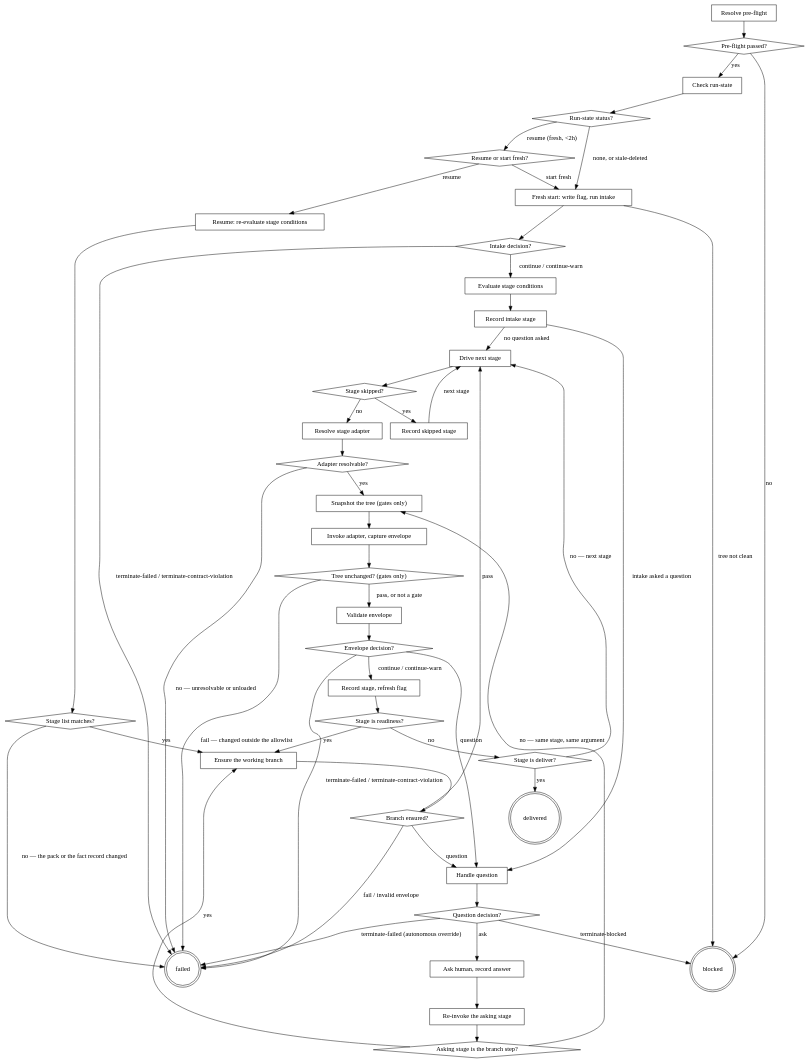
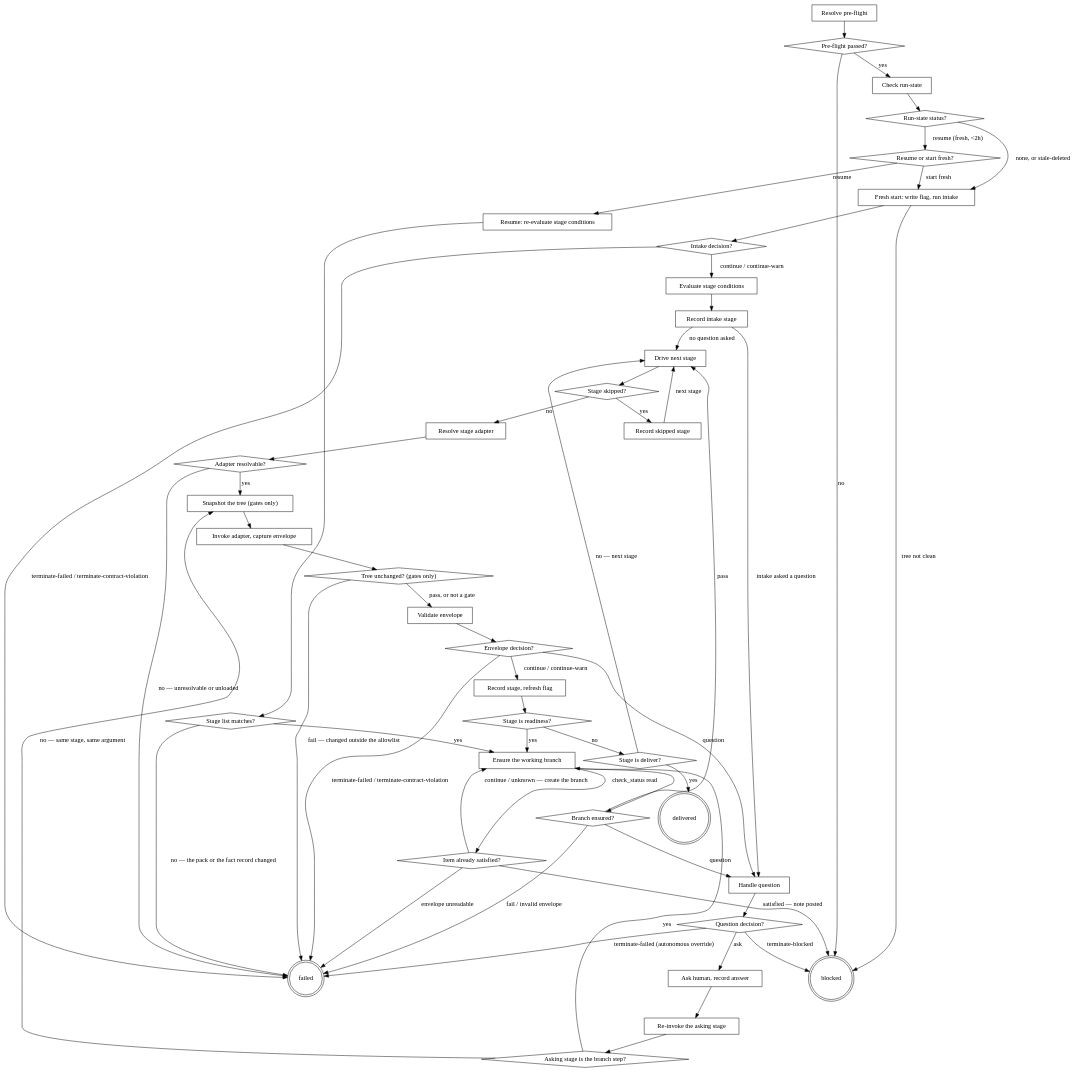
The diagram in plugins/agentic-core/skills/run-route/SKILL.md (agenticDraft/aem-eds-ai-workflow-demo), drawn with Graphviz before and after one commit. The commit also changed other lines of this file and 12 other files, not shown here.

First line of the commit message:
An item whose work is already on the base ends the run blocked with a note, not failed

```diff
--- a/plugins/agentic-core/skills/run-route/SKILL.md
+++ b/plugins/agentic-core/skills/run-route/SKILL.md
@@ -249,6 +249,7 @@
     "Record stage, refresh flag" [shape=box];
     "Stage is readiness?" [shape=diamond];
     "Ensure the working branch" [shape=box];
+    "Item already satisfied?" [shape=diamond];
     "Branch ensured?" [shape=diamond];
     "Stage is deliver?" [shape=diamond];
     "Handle question" [shape=box];
@@ -296,6 +297,10 @@
     "Record stage, refresh flag" -> "Stage is readiness?";
     "Stage is readiness?" -> "Ensure the working branch" [label="yes"];
     "Stage is readiness?" -> "Stage is deliver?" [label="no"];
+    "Ensure the working branch" -> "Item already satisfied?" [label="check_status read"];
+    "Item already satisfied?" -> "Ensure the working branch" [label="continue / unknown — create the branch"];
+    "Item already satisfied?" -> "blocked" [label="satisfied — note posted"];
+    "Item already satisfied?" -> "failed" [label="envelope unreadable"];
     "Ensure the working branch" -> "Branch ensured?";
     "Branch ensured?" -> "Drive next stage" [label="pass"];
     "Branch ensured?" -> "Handle question" [label="question"];
```
